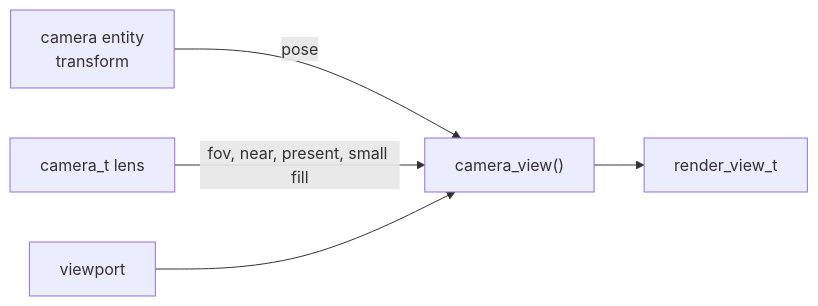
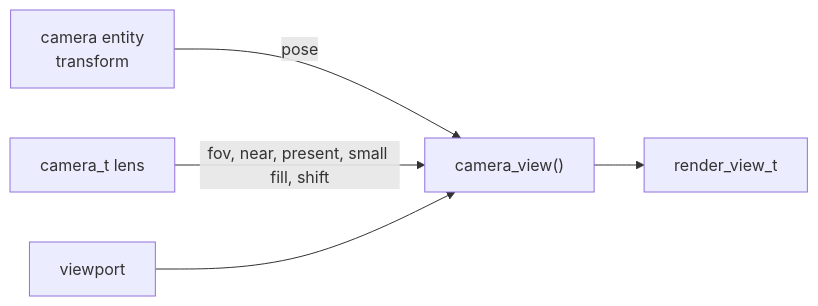
The diagram in docs/render/Camera.md (jose-villegas/autana), drawn with Mermaid before and after one commit. The commit also changed other lines of this file and 12 other files, not shown here.

Commit message:
camera: a lens shift for off-axis views; the water tank is a window whose depth slides with the tilt (autana-2shxk)

````diff
--- a/docs/render/Camera.md
+++ b/docs/render/Camera.md
@@ -12,7 +12,7 @@
 ```mermaid
 flowchart LR
     E["camera entity<br/>transform"] -->|"pose"| V["camera_view()"]
-    L["camera_t lens"] -->|"fov, near, present, small fill"| V
+    L["camera_t lens"] -->|"fov, near, present, small fill, shift"| V
     P["viewport"] --> V
     V --> R["render_view_t"]
 ```
````
